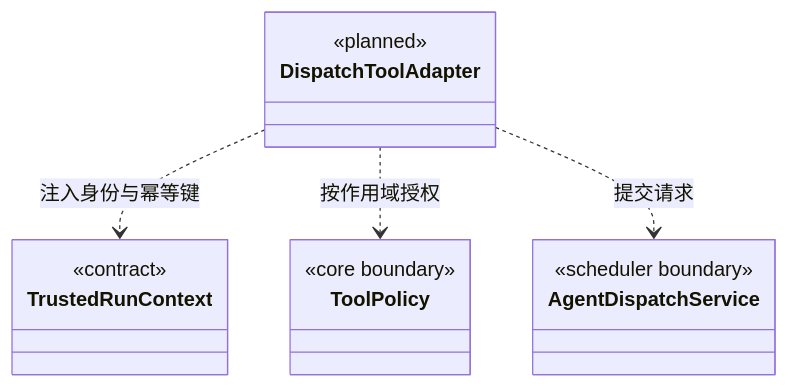
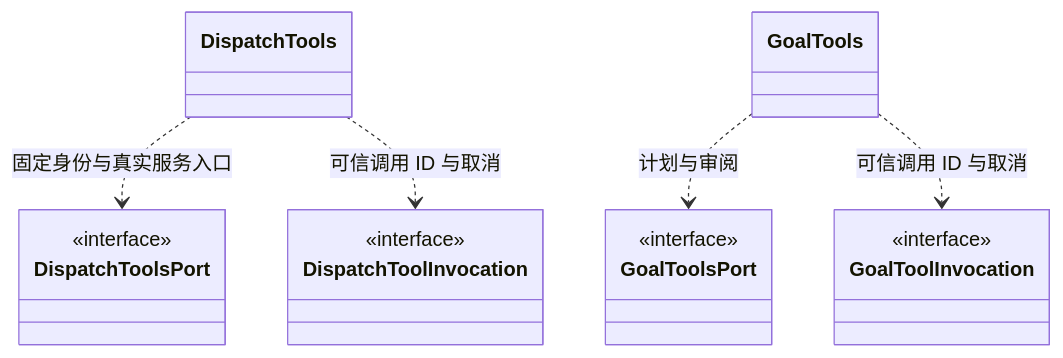
One commit to nan023062/cbim changed the first of 24 diagrams in src/logic/tools/runtime/ARCHITECTURE.md. Above: the diagram before and after it, drawn with Mermaid. The commit also changed other lines of this file and 112 other files, not shown here.

Commit message:
docs: align source architecture with current declarations and contracts

````diff
--- a/src/logic/tools/runtime/ARCHITECTURE.md
+++ b/src/logic/tools/runtime/ARCHITECTURE.md
@@ -198,10 +194,13 @@
 ```mermaid
 classDiagram
-class DispatchToolAdapter { <<planned>> }
-class TrustedRunContext { <<contract>> }
-class AgentDispatchService { <<scheduler boundary>> }
-class ToolPolicy { <<core boundary>> }
-DispatchToolAdapter ..> TrustedRunContext : 注入身份与幂等键
-DispatchToolAdapter ..> ToolPolicy : 按作用域授权
-DispatchToolAdapter ..> AgentDispatchService : 提交请求
+class DispatchTools
+class DispatchToolsPort { <<interface>> }
+class DispatchToolInvocation { <<interface>> }
+class GoalToolInvocation { <<interface>> }
+class GoalTools
+class GoalToolsPort { <<interface>> }
+DispatchTools ..> DispatchToolsPort : 固定身份与真实服务入口
+DispatchTools ..> DispatchToolInvocation : 可信调用 ID 与取消
+GoalTools ..> GoalToolsPort : 计划与审阅
+GoalTools ..> GoalToolInvocation : 可信调用 ID 与取消
 ```
````
